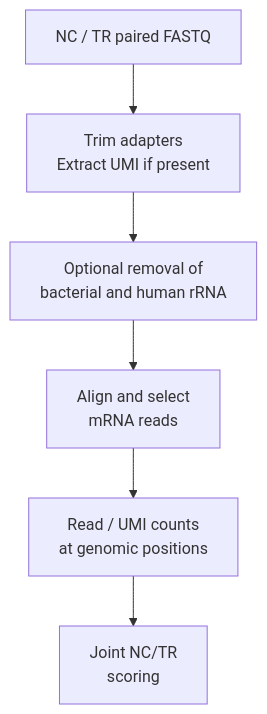
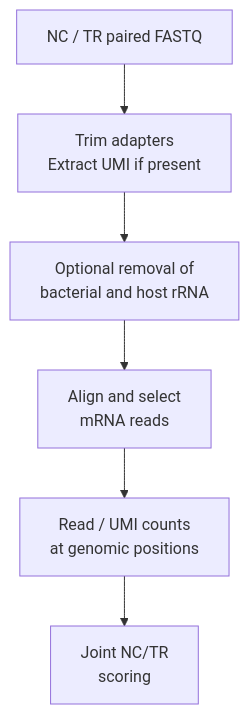
The diagram in README.md (IvanWoo22/NJU_seq), drawn with Mermaid before and after one commit. The commit also changed other lines of this file and 2 other files, not shown here.

````diff
--- a/README.md
+++ b/README.md
@@ -18,8 +18,8 @@
 ```mermaid
 flowchart TD
   A["NC / TR paired FASTQ"] --> B["Trim adapters<br/>Extract UMI if present"]
-  B --> C["Optional removal of<br/>bacterial and human rRNA"]
+  B --> C["Optional removal of<br/>bacterial and host rRNA"]
   C --> D["Align and select<br/>mRNA reads"]
   D --> E["Read / UMI counts<br/>at genomic positions"]
   E --> F["Joint NC/TR<br/>scoring"]
 ```
````
